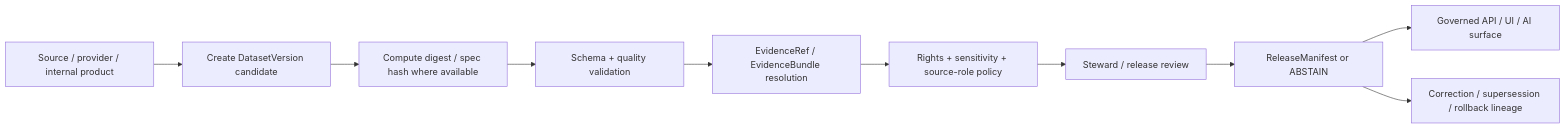
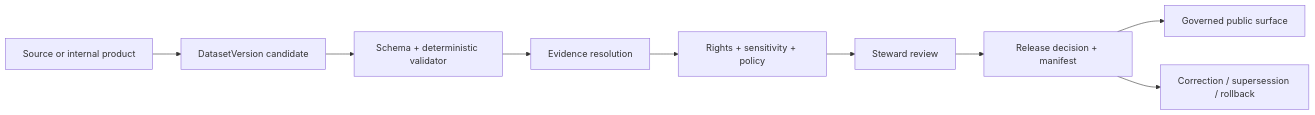
Before and after one commit to bartytime4life/Kansas-Frontier-Matrix: the diagram in contracts/data/dataset_version.md, drawn with Mermaid. The commit also changed other lines of this file and 21 other files, not shown here.

Commit message:
feat(data): harden DatasetVersion profile

````diff
--- a/contracts/data/dataset_version.md
+++ b/contracts/data/dataset_version.md
@@ -245,12 +121,11 @@
 ```mermaid
 flowchart LR
-  SOURCE[Source / provider / internal product] --> VERSION[Create DatasetVersion candidate]
-  VERSION --> HASH[Compute digest / spec hash where available]
-  HASH --> VALIDATE[Schema + quality validation]
-  VALIDATE --> EVID[EvidenceRef / EvidenceBundle resolution]
-  EVID --> POLICY[Rights + sensitivity + source-role policy]
-  POLICY --> REVIEW[Steward / release review]
-  REVIEW --> RELEASE[ReleaseManifest or ABSTAIN]
-  RELEASE --> PUBLIC[Governed API / UI / AI surface]
-  RELEASE --> LINEAGE[Correction / supersession / rollback lineage]
+  SOURCE[Source or internal product] --> CANDIDATE[DatasetVersion candidate]
+  CANDIDATE --> SHAPE[Schema + deterministic validator]
+  SHAPE --> EVIDENCE[Evidence resolution]
+  EVIDENCE --> POLICY[Rights + sensitivity + policy]
+  POLICY --> REVIEW[Steward review]
+  REVIEW --> RELEASE[Release decision + manifest]
+  RELEASE --> PUBLIC[Governed public surface]
+  RELEASE --> LINEAGE[Correction / supersession / rollback]
 ```
````
